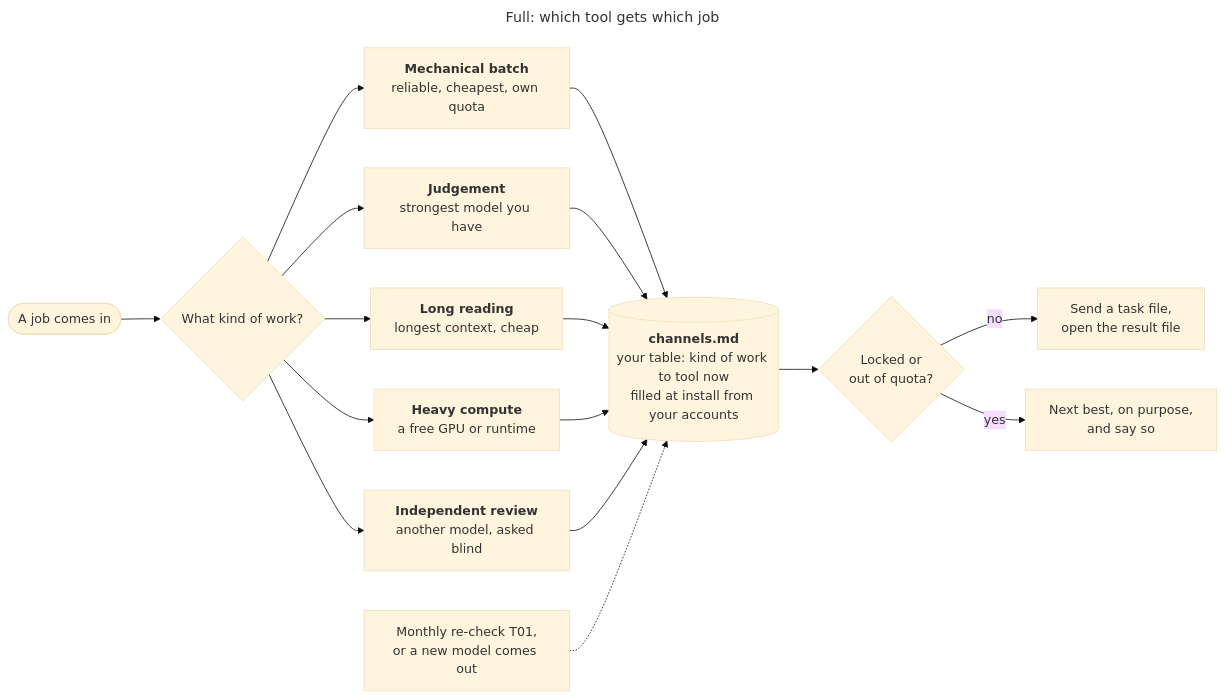
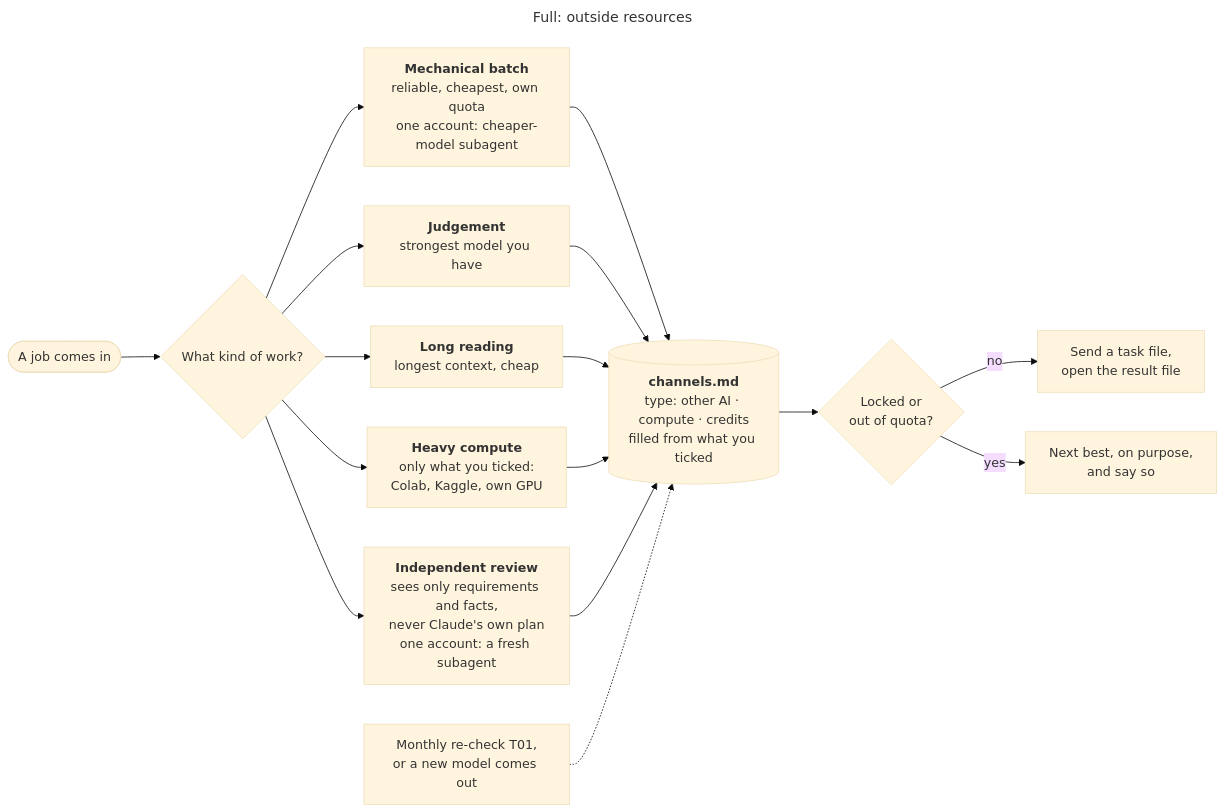
The sixth of 6 diagrams in docs/ADVANCED.md (0Smallcat0/second-brain-kit), drawn with Mermaid (base theme) before and after one commit. The commit also changed other lines of this file and 61 other files, not shown here.

````diff
--- a/docs/ADVANCED.md
+++ b/docs/ADVANCED.md
@@ -241,17 +257,17 @@
 ```mermaid
 ---
-title: "Full: which tool gets which job"
+title: "Full: outside resources"
 ---
 flowchart LR
   J(["A job comes in"]) --> K{"What kind of work?"}
-  K --> B1["<b>Mechanical batch</b><br/>reliable, cheapest, own quota"]
+  K --> B1["<b>Mechanical batch</b><br/>reliable, cheapest, own quota<br/>one account: cheaper-model subagent"]
   K --> B2["<b>Judgement</b><br/>strongest model you have"]
   K --> B3["<b>Long reading</b><br/>longest context, cheap"]
-  K --> B4["<b>Heavy compute</b><br/>a free GPU or runtime"]
-  K --> B5["<b>Independent review</b><br/>another model, asked blind"]
-  B1 & B2 & B3 & B4 & B5 --> C[("<b>channels.md</b><br/>your table: kind of work to tool now<br/>filled at install from your accounts")]
+  K --> B4["<b>Heavy compute</b><br/>only what you ticked:<br/>Colab, Kaggle, own GPU"]
+  K --> B5["<b>Independent review</b><br/>sees only requirements and facts,<br/>never Claude's own plan<br/>one account: a fresh subagent"]
+  B1 & B2 & B3 & B4 & B5 --> C[("<b>channels.md</b><br/>type: other AI · compute · credits<br/>filled from what you ticked")]
   C --> L{"Locked or<br/>out of quota?"}
   L -->|no| Go["Send a task file,<br/>open the result file"]
   L -->|yes| Next["Next best, on purpose,<br/>and say so"]
   Re["Monthly re-check T01,<br/>or a new model comes out"] -.-> C
 ```
````
